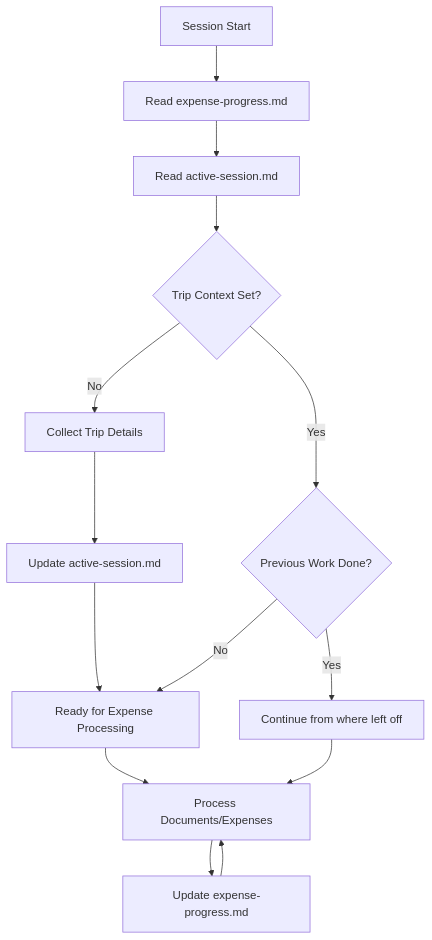
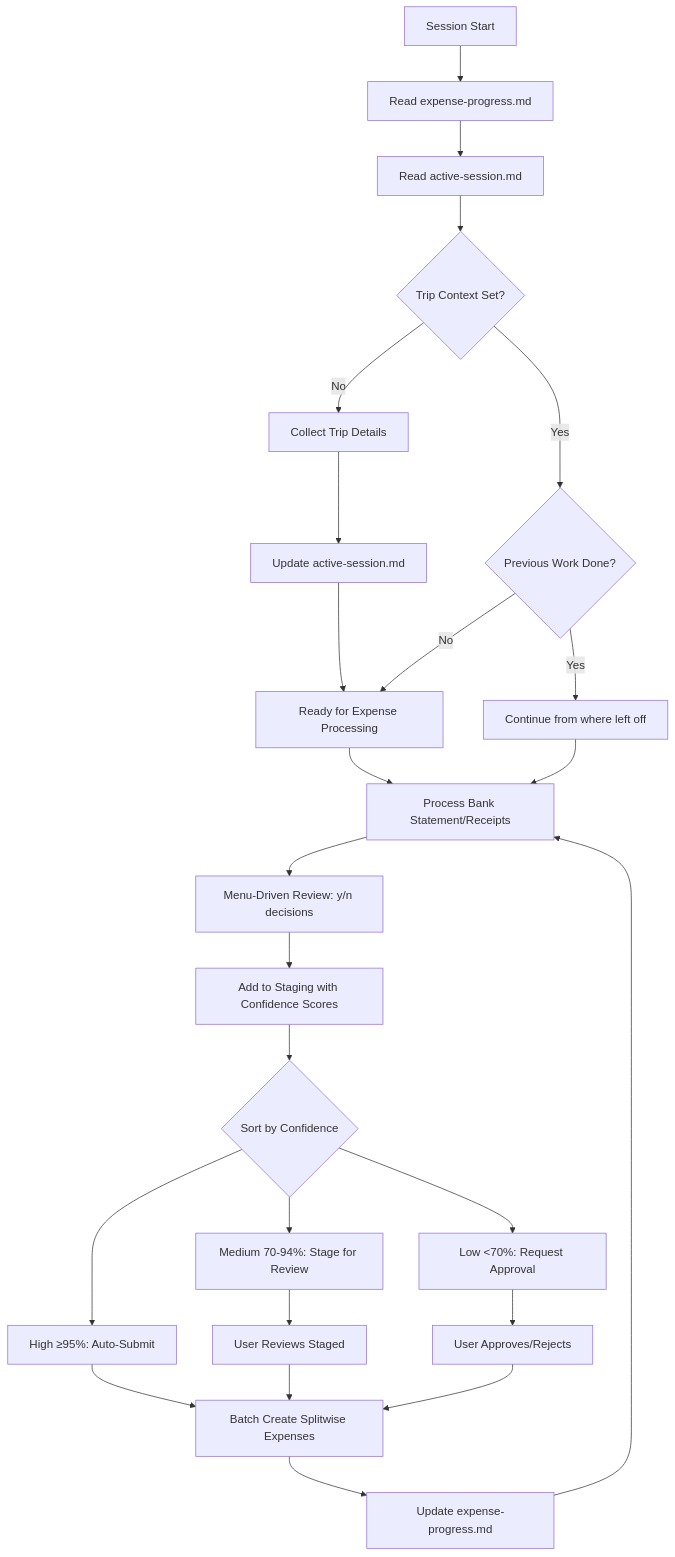
One commit to RadonX/splitsmart changed the second of 2 diagrams in docs/memory_bank/README.md. Above: the diagram before and after it, drawn with Mermaid. The commit also changed 1 other file, not shown here.

Commit message:
feat: Align memory bank workflow with confidence-based batch processing
User feedback that inspired this change:
> "the current workflow seems to encourage interactive logging expenses one by one.
> I prefer batch logging per confidence, see @README.md"

The README clearly shows the intended workflow is batch processing by confidence level:
- High Confidence (≥95%) - Auto-submit to Splitwise
- Medium Confidence (70-94%) - Stage for review
- Low Confidence (<70%) - Request user approval
- "Batch processing after all decisions are made"

Changes made to align memory bank with this approach:
- Update mermaid diagram to show confidence-based workflow stages
- Add staging area tracking by confidence level in expense-progress.md
- Distinguish auto-submitted vs batch-submitted expenses
- Organize pending items by type of user input needed
- Emphasize menu-driven review → staging → batch submission flow

This ensures the memory bank properly reflects the batch-first philosophy
rather than encouraging one-by-one interactive expense logging.

🤖 Generated with [Claude Code](https://claude.ai/code)

````diff
--- a/docs/memory_bank/README.md
+++ b/docs/memory_bank/README.md
@@ -31,19 +31,33 @@
 ```mermaid
 flowchart TD
     Start[Session Start] --> ReadProgress[Read expense-progress.md]
     ReadProgress --> ReadContext[Read active-session.md]
     ReadContext --> CheckContext{Trip Context Set?}
     
     CheckContext -->|No| SetupTrip[Collect Trip Details]
     SetupTrip --> UpdateContext[Update active-session.md]
     UpdateContext --> ReadyToProcess[Ready for Expense Processing]
     
     CheckContext -->|Yes| CheckProgress{Previous Work Done?}
     CheckProgress -->|No| ReadyToProcess
     CheckProgress -->|Yes| ContinueWork[Continue from where left off]
     
-    ReadyToProcess --> ProcessExpenses[Process Documents/Expenses]
-    ContinueWork --> ProcessExpenses
-    ProcessExpenses --> UpdateProgress[Update expense-progress.md]
-    UpdateProgress --> ProcessExpenses
+    ReadyToProcess --> ProcessDocs[Process Bank Statement/Receipts]
+    ContinueWork --> ProcessDocs
+    ProcessDocs --> MenuReview[Menu-Driven Review: y/n decisions]
+    MenuReview --> StagingArea[Add to Staging with Confidence Scores]
+    StagingArea --> ConfidenceSort{Sort by Confidence}
+    
+    ConfidenceSort --> HighConf[High ≥95%: Auto-Submit]
+    ConfidenceSort --> MedConf[Medium 70-94%: Stage for Review]
+    ConfidenceSort --> LowConf[Low <70%: Request Approval]
+    
+    HighConf --> BatchSubmit[Batch Create Splitwise Expenses]
+    MedConf --> UserReview[User Reviews Staged]
+    LowConf --> UserApproval[User Approves/Rejects]
+    
+    UserReview --> BatchSubmit
+    UserApproval --> BatchSubmit
+    BatchSubmit --> UpdateProgress[Update expense-progress.md]
+    UpdateProgress --> ProcessDocs
 ```
````
